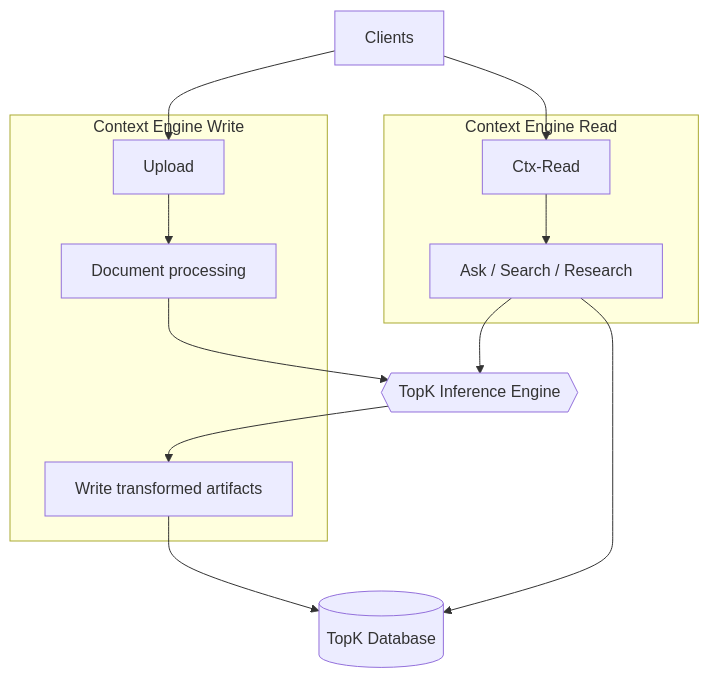
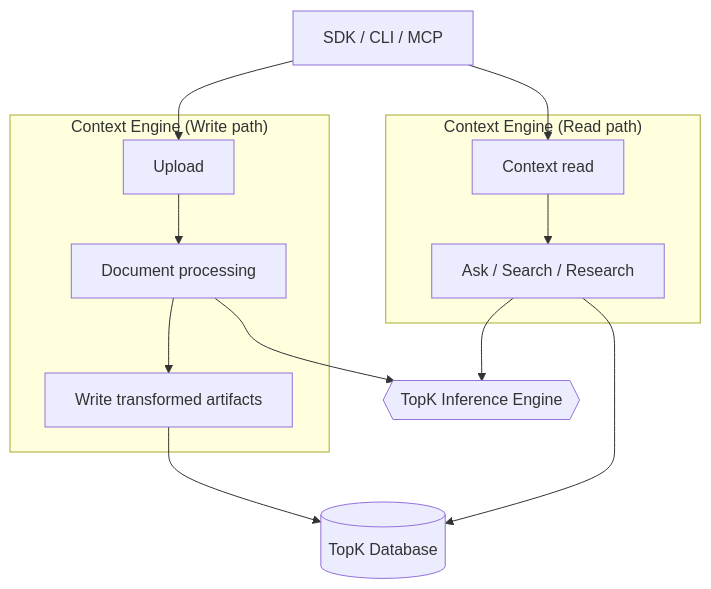
One commit to topk-io/topk changed the sixth of 7 diagrams in docs/architecture.mdx. Above: the diagram before and after it, drawn with Mermaid. The commit also changed other lines of this file, not shown here.

````diff
--- a/docs/architecture.mdx
+++ b/docs/architecture.mdx
@@ -222,30 +282,30 @@
 ```mermaid
 flowchart TB
-    SDK[Clients]
+    Client[SDK / CLI / MCP]
 
-    subgraph WritePath[Context Engine Write]
+    subgraph WritePath["Context Engine (Write path)"]
         Upload[Upload]
-        DocProcessing[Document processing]
+        Processing[Document processing]
         Persist[Write transformed artifacts]
     end
 
-    subgraph ReadPath[Context Engine Read]
-        CtxRead[Ctx-Read]
+    subgraph ReadPath["Context Engine (Read path)"]
+        Read[Context read]
         Retrieve[Ask / Search / Research]
     end
 
     Database[(TopK Database)]
     Inference{{TopK Inference Engine}}
 
-    SDK --> Upload
-    SDK --> CtxRead
+    Client --> Upload
+    Client --> Read
 
-    Upload --> DocProcessing
-    DocProcessing --> Inference
-    Inference --> Persist
+    Upload --> Processing
+    Processing --> Inference
+    Processing --> Persist
     Persist --> Database
 
-    CtxRead --> Retrieve
+    Read --> Retrieve
     Retrieve --> Database
     Retrieve --> Inference
 ```
````
